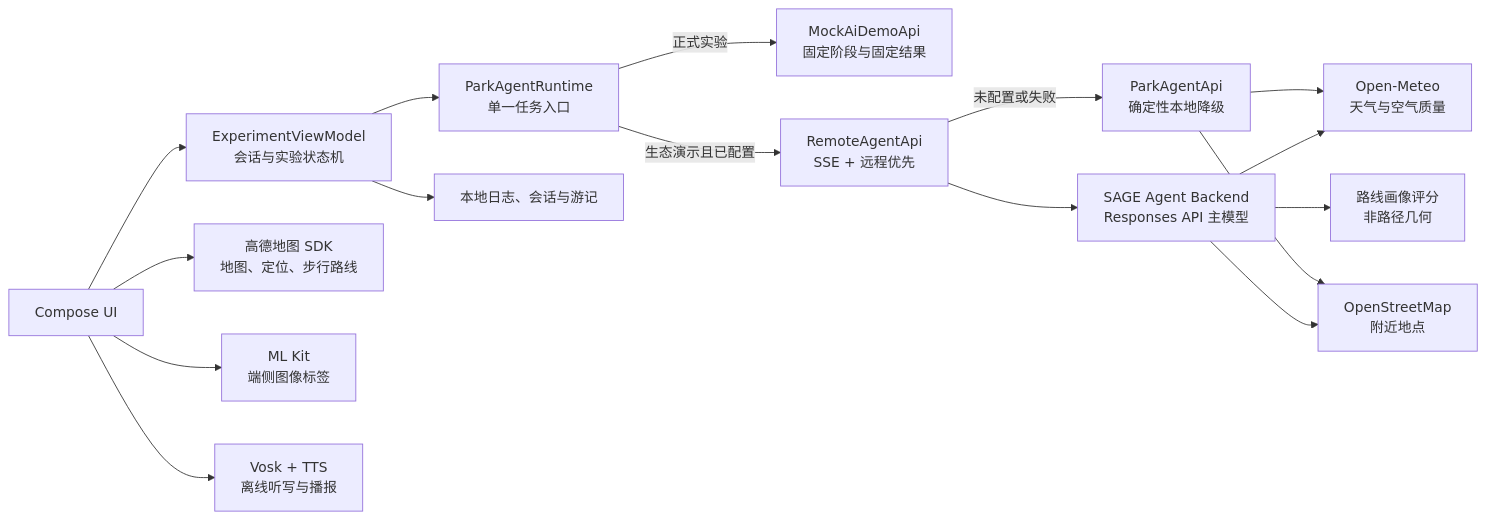
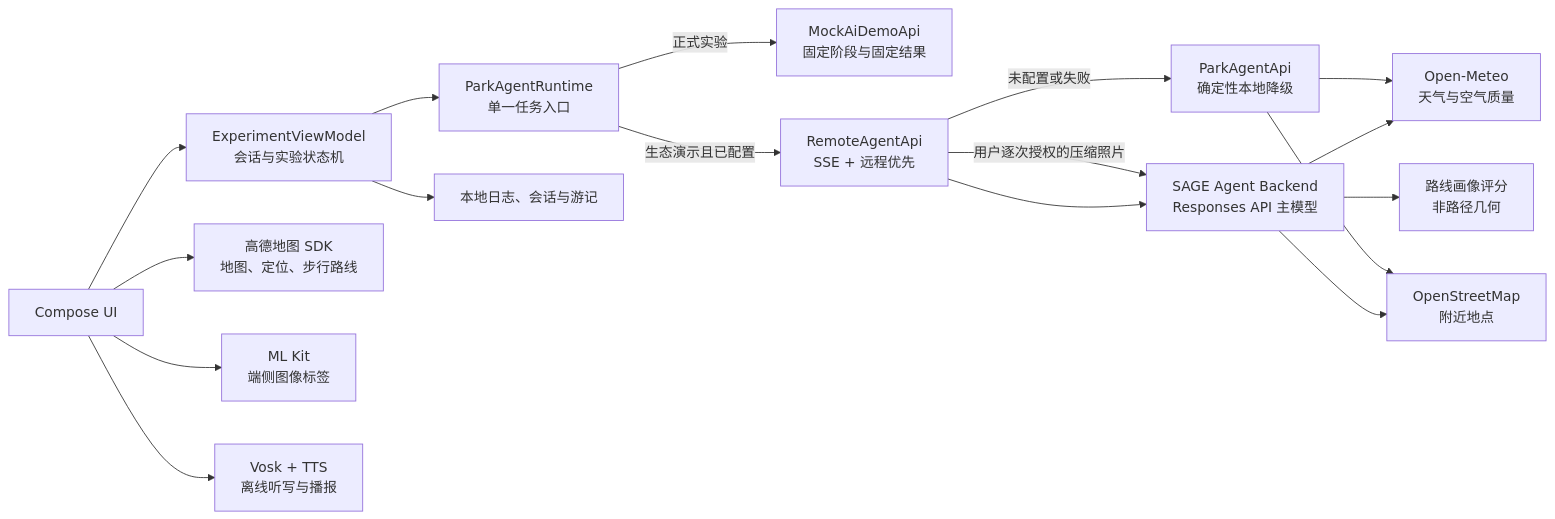
One commit to iceiceissb/sage-motion-android changed the first of 2 diagrams in AI_NATIVE_AGENT_ARCHITECTURE.md. Above: the diagram before and after it, drawn with Mermaid. The commit also changed other lines of this file and 47 other files, not shown here.

````diff
--- a/AI_NATIVE_AGENT_ARCHITECTURE.md
+++ b/AI_NATIVE_AGENT_ARCHITECTURE.md
@@ -18,18 +18,19 @@
 ```mermaid
 flowchart LR
     UI["Compose UI"] --> VM["ExperimentViewModel\n会话与实验状态机"]
     VM --> RT["ParkAgentRuntime\n单一任务入口"]
     RT -->|"正式实验"| MOCK["MockAiDemoApi\n固定阶段与固定结果"]
     RT -->|"生态演示且已配置"| REMOTE["RemoteAgentApi\nSSE + 远程优先"]
     REMOTE --> BACKEND["SAGE Agent Backend\nResponses API 主模型"]
     BACKEND --> WEATHER["Open-Meteo\n天气与空气质量"]
     BACKEND --> PLACE["OpenStreetMap\n附近地点"]
     BACKEND --> PROFILE["路线画像评分\n非路径几何"]
+    REMOTE -->|"用户逐次授权的压缩照片"| BACKEND
     REMOTE -->|"未配置或失败"| ORCH["ParkAgentApi\n确定性本地降级"]
     ORCH --> WEATHER["Open-Meteo\n天气与空气质量"]
     ORCH --> PLACE["OpenStreetMap\n附近地点"]
     UI --> AMAP["高德地图 SDK\n地图、定位、步行路线"]
     UI --> VISION["ML Kit\n端侧图像标签"]
     UI --> SPEECH["Vosk + TTS\n离线听写与播报"]
     VM --> STORE["本地日志、会话与游记"]
 ```
````
